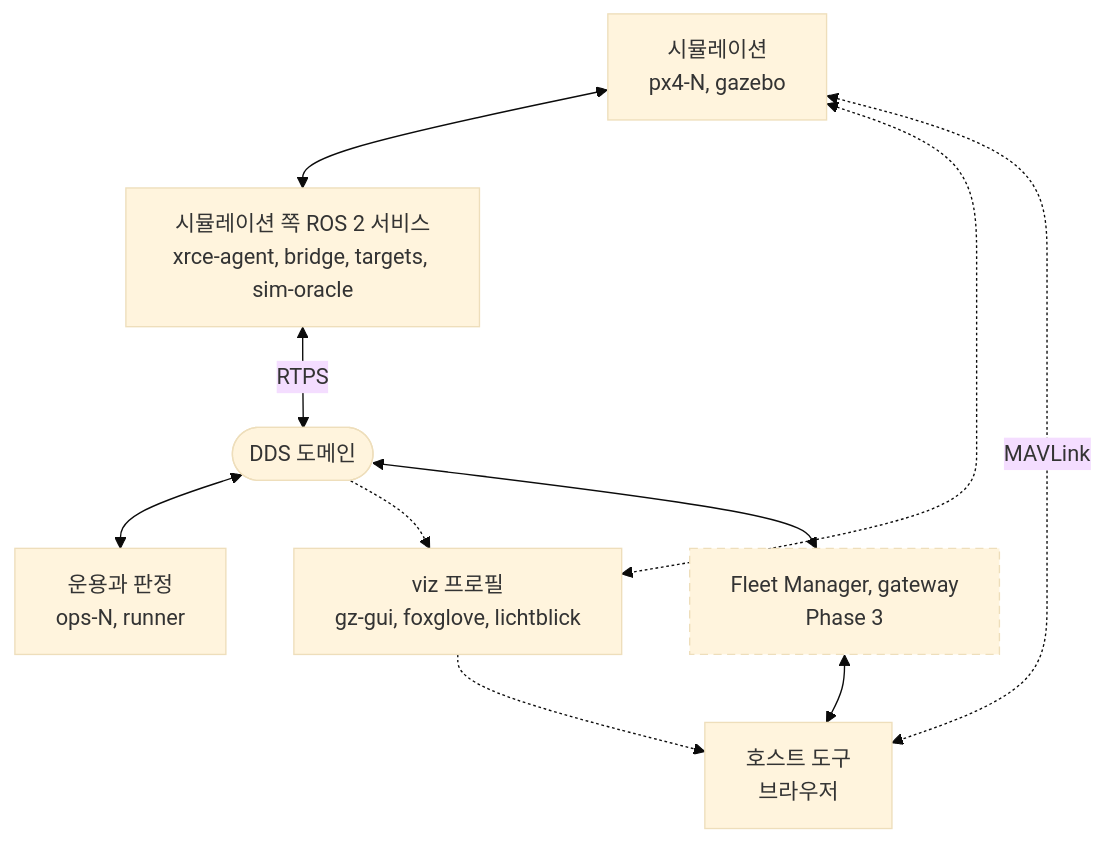
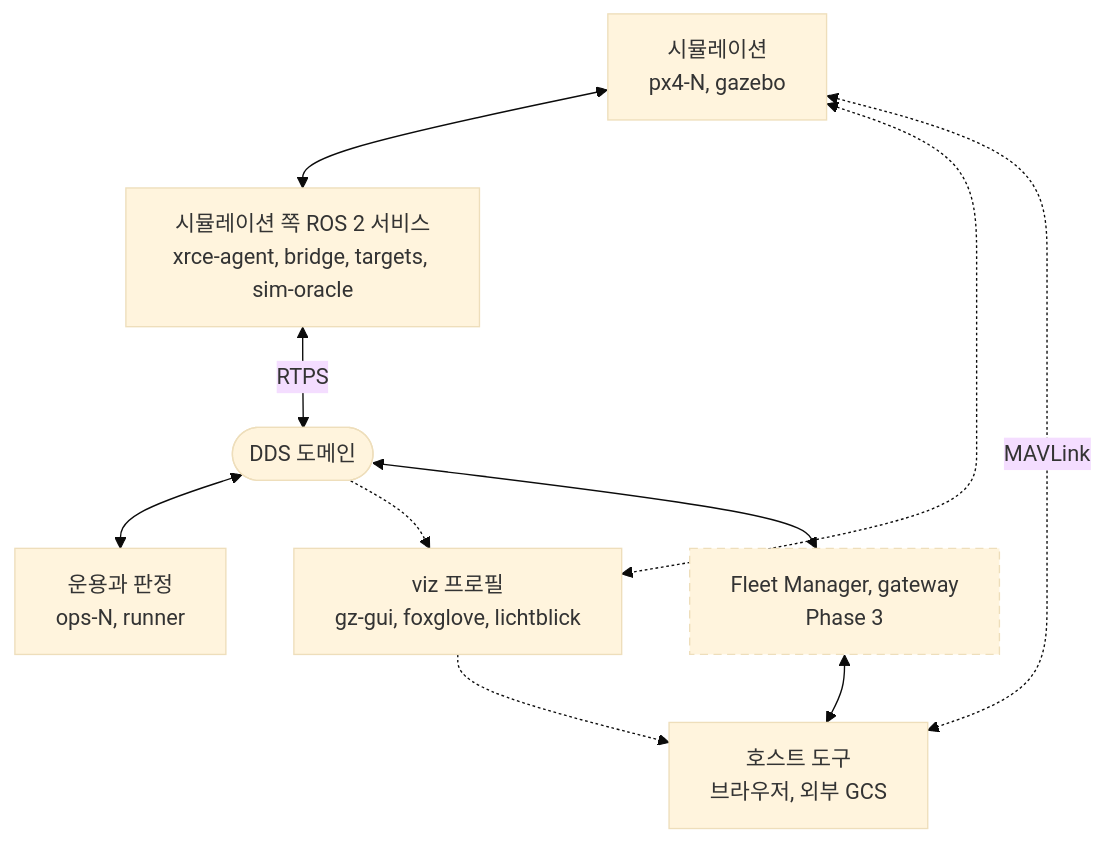
Before and after one commit to danielhongwoo/idsim: the third of 8 diagrams in docs/architecture.md, drawn with Mermaid (base theme). The commit also changed 2 other files, not shown here.

Commit message:
reviewer 지적 반영: 개요 그림의 MAVLink 상대, GCS 포트의 쓰기 경로, sysid 255 근거, 사용자 결정 기록

````diff
--- a/docs/architecture.md
+++ b/docs/architecture.md
@@ -199,23 +199,23 @@
 ```mermaid
 flowchart TB
   SIM["시뮬레이션<br/>px4-N, gazebo"]
   LINK["시뮬레이션 쪽 ROS 2 서비스<br/>xrce-agent, bridge, targets, sim-oracle"]
   DDS(["DDS 도메인"])
   ROS["운용과 판정<br/>ops-N, runner"]
   VIZ["viz 프로필<br/>gz-gui, foxglove, lichtblick"]
-  HOST["호스트 도구<br/>브라우저"]
+  HOST["호스트 도구<br/>브라우저, 외부 GCS"]
   EXT["Fleet Manager, gateway<br/>Phase 3"]
 
   SIM <--> LINK
   LINK <-->|"RTPS"| DDS
   DDS <--> ROS
   SIM <-.-> VIZ
   DDS -.-> VIZ
   VIZ -.-> HOST
   SIM <-.->|"MAVLink"| HOST
   DDS <--> EXT
   EXT <--> HOST
 
   classDef later stroke-dasharray: 6 4
   class EXT later
 ```
````
